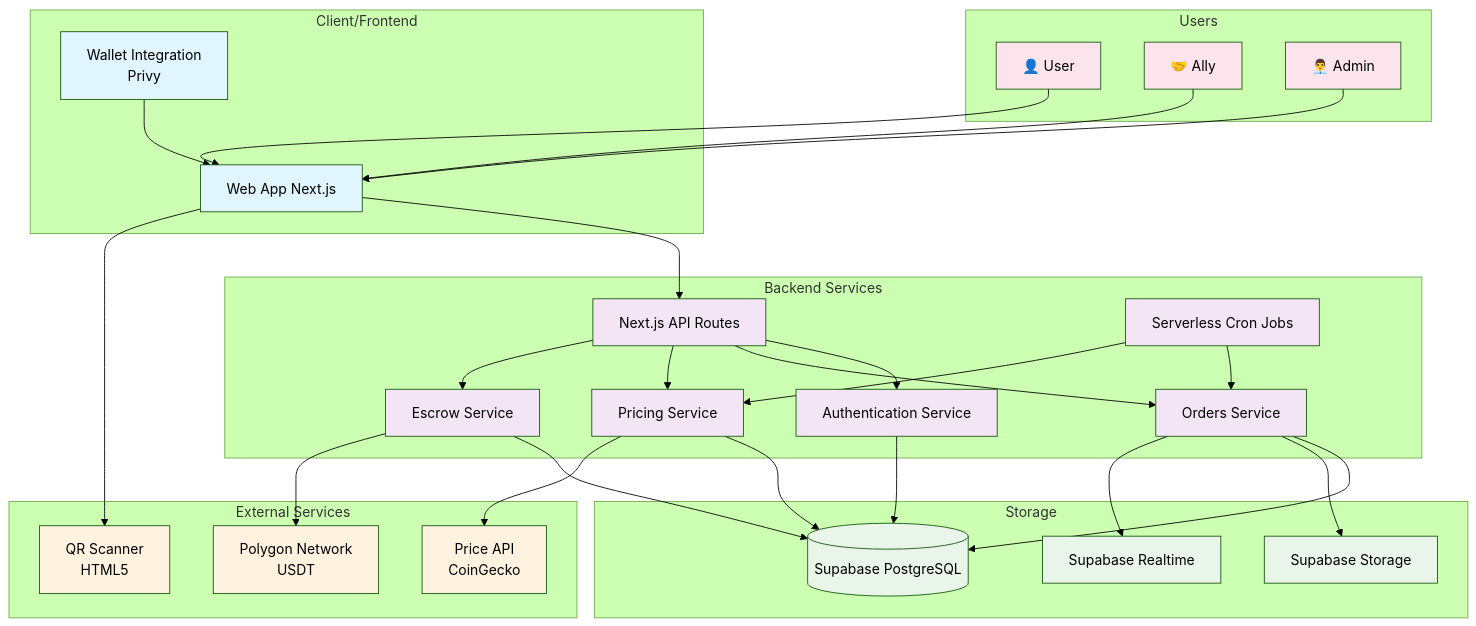
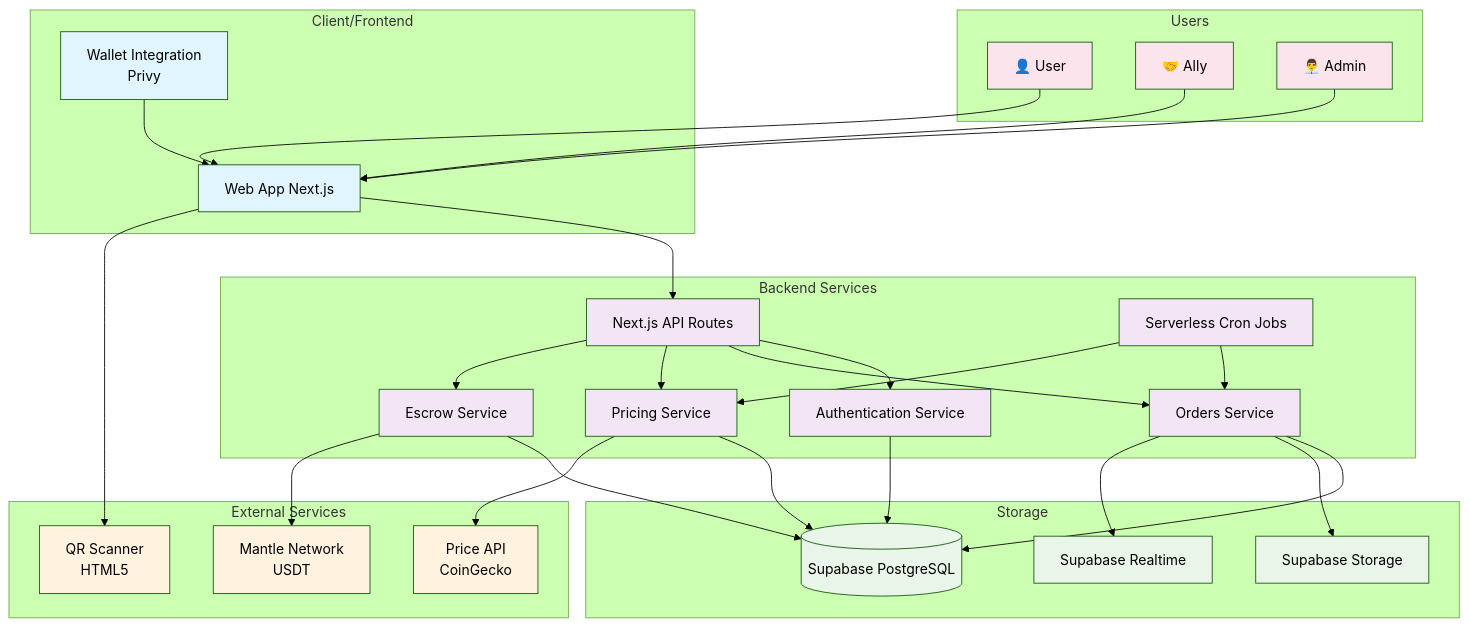
Before and after one commit to kibo-project/Kibo-Wiki: the first of 6 diagrams in 01-arquitectura-sistema.md, drawn with Mermaid (forest theme).

````diff
--- a/01-arquitectura-sistema.md
+++ b/01-arquitectura-sistema.md
@@ -5,75 +5,75 @@
 ```mermaid
 graph TB
     subgraph "Client/Frontend"
         WEB[Web App Next.js]
         WALLET[Wallet Integration<br/>Privy]
     end
 
     subgraph "Backend Services"
         API[Next.js API Routes]
         AUTH[Authentication Service]
         ORDER[Orders Service]
         PRICING[Pricing Service]
         ESCROW[Escrow Service]
         CRON[Serverless Cron Jobs]
     end
 
     subgraph "Storage"
         DB[(Supabase PostgreSQL)]
         STORAGE[Supabase Storage]
         REALTIME[Supabase Realtime]
     end
 
     subgraph "External Services"
         PRICE_API[Price API<br/>CoinGecko]
         QR_SCAN[QR Scanner<br/>HTML5]
-        BLOCKCHAIN[Polygon Network<br/>USDT]
+        BLOCKCHAIN[Mantle Network<br/>USDT]
     end
 
     subgraph "Users"
         USER[👤 User]
         ALLY[🤝 Ally]
         ADMIN[👨‍💼 Admin]
     end
 
     %% Main Connections
     USER --> WEB
     ALLY --> WEB
     ADMIN --> WEB
     
     WEB --> API
     WALLET --> WEB
     
     API --> AUTH
     API --> ORDER
     API --> PRICING
     API --> ESCROW
     
     CRON --> ORDER
     CRON --> PRICING
     
     ORDER --> DB
     PRICING --> DB
     ESCROW --> DB
     AUTH --> DB
     
     ORDER --> STORAGE
     ORDER --> REALTIME
     
     PRICING --> PRICE_API
     WEB --> QR_SCAN
     ESCROW --> BLOCKCHAIN
     
     %% Styles
     classDef frontend fill:#e1f5fe
     classDef backend fill:#f3e5f5
     classDef storage fill:#e8f5e8
     classDef external fill:#fff3e0
     classDef users fill:#fce4ec
     
     class WEB,WALLET frontend
     class API,AUTH,ORDER,PRICING,ESCROW,CRON backend
     class DB,STORAGE,REALTIME storage
     class PRICE_API,QR_SCAN,BLOCKCHAIN external
     class USER,ALLY,ADMIN users
 ```
````
